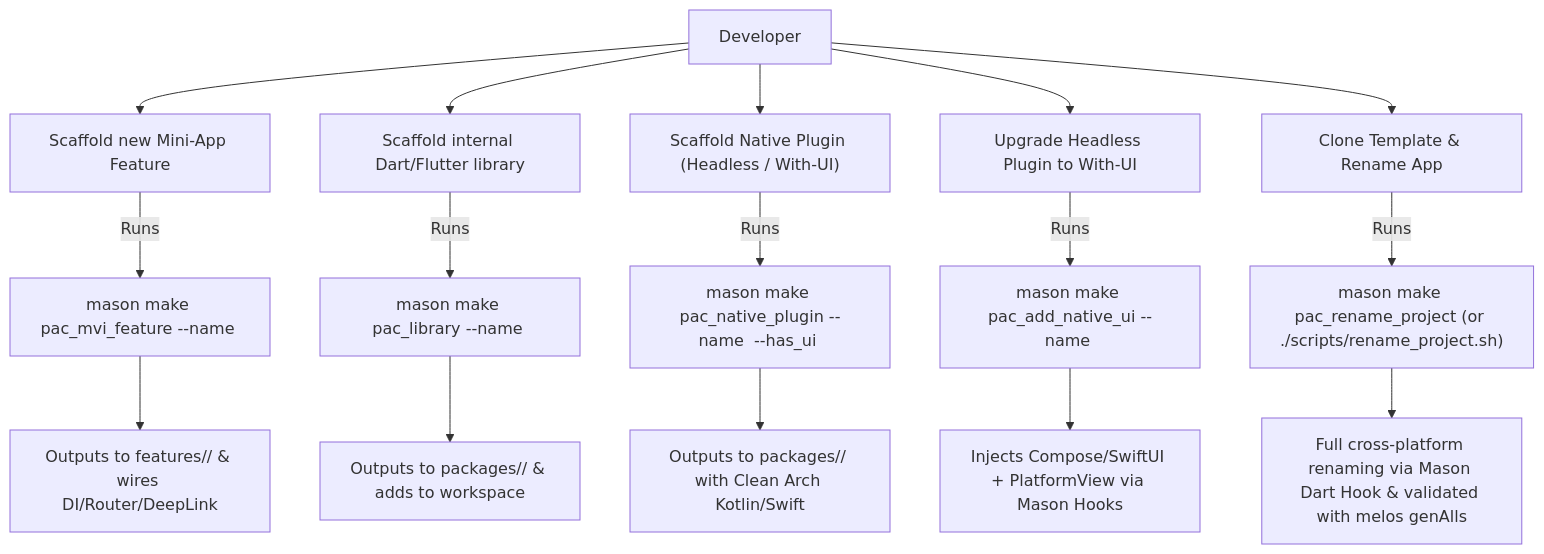
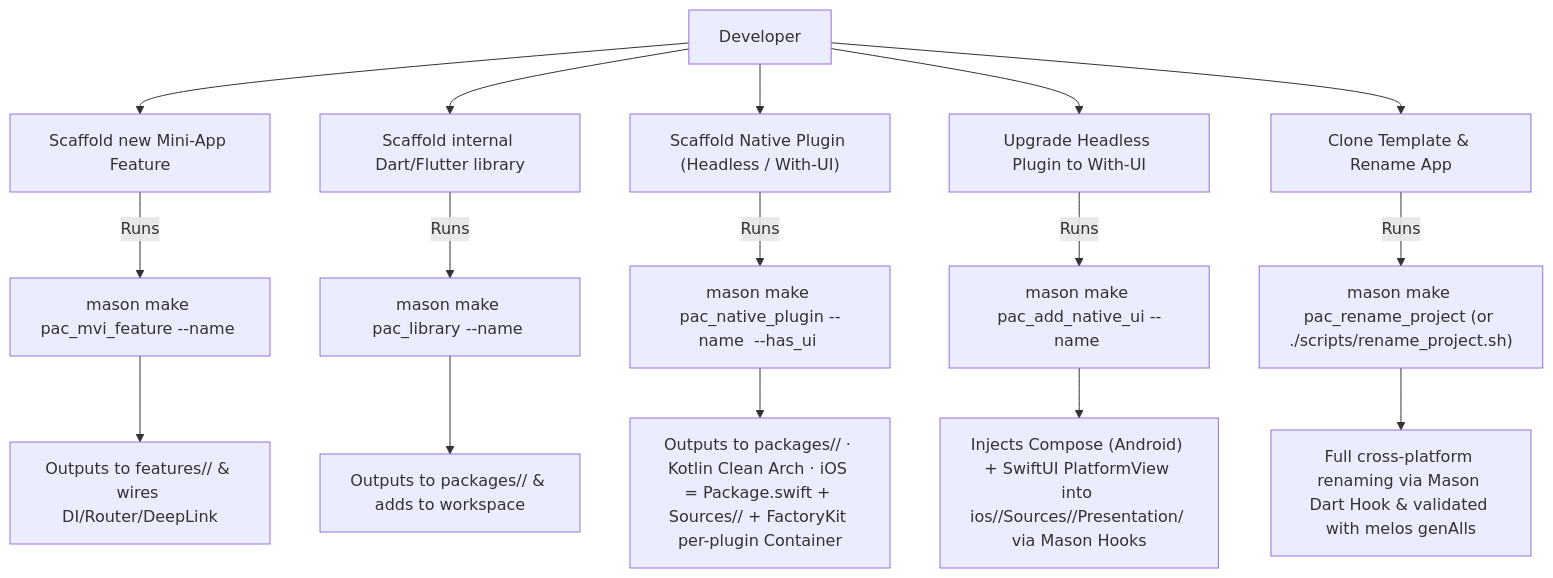
The second of 3 diagrams in .devtool/epic/flutter_super_app_template/flutter_super_app_template.en.md (DanhDue/bloc_digital_wallet), drawn with Mermaid before and after one commit. The commit also changed other lines of this file and 9 other files, not shown here.

````diff
--- a/.devtool/epic/flutter_super_app_template/flutter_super_app_template.en.md
+++ b/.devtool/epic/flutter_super_app_template/flutter_super_app_template.en.md
@@ -105,23 +110,23 @@
 ```mermaid
 flowchart TD
     Dev["Developer"] --> U1["Scaffold new Mini-App Feature"]
     Dev --> U2["Scaffold internal Dart/Flutter library"]
     Dev --> U3["Scaffold Native Plugin (Headless / With-UI)"]
     Dev --> U4["Upgrade Headless Plugin to With-UI"]
     Dev --> U5["Clone Template & Rename App"]
 
     U1 -->|Runs| B1["mason make pac_mvi_feature --name <name>"]
     B1 --> O1["Outputs to features/<name>/ & wires DI/Router/DeepLink"]
 
     U2 -->|Runs| B2["mason make pac_library --name <name>"]
     B2 --> O2["Outputs to packages/<name>/ & adds to workspace"]
 
     U3 -->|Runs| B3["mason make pac_native_plugin --name <name> --has_ui <bool>"]
-    B3 --> O3["Outputs to packages/<name>/ with Clean Arch Kotlin/Swift"]
+    B3 --> O3["Outputs to packages/<name>/ · Kotlin Clean Arch · iOS = Package.swift + Sources/<name>/ + FactoryKit per-plugin Container"]
 
     U4 -->|Runs| B4["mason make pac_add_native_ui --name <name>"]
-    B4 --> O4["Injects Compose/SwiftUI + PlatformView via Mason Hooks"]
+    B4 --> O4["Injects Compose (Android) + SwiftUI PlatformView into ios/<name>/Sources/<name>/Presentation/ via Mason Hooks"]
 
     U5 -->|Runs| S1["mason make pac_rename_project (or ./scripts/rename_project.sh)"]
     S1 --> O5["Full cross-platform renaming via Mason Dart Hook & validated with melos genAlls"]
 ```
````
